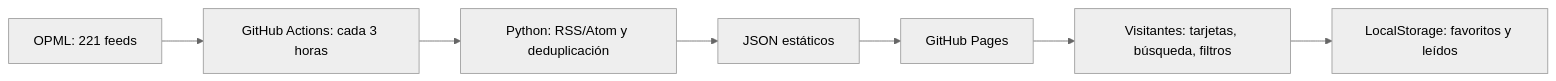
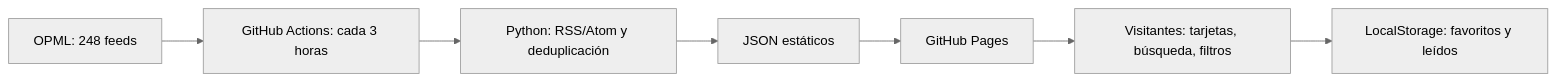
Before and after one commit to medinacaj/notisonda: the diagram in README.md, drawn with Mermaid (neutral theme). The commit also changed other lines of this file and 5 other files, not shown here.

````diff
--- a/README.md
+++ b/README.md
@@ -9,9 +9,9 @@
 ```mermaid
 flowchart LR
-  A[OPML: 221 feeds] --> B[GitHub Actions: cada 3 horas]
+  A[OPML: 248 feeds] --> B[GitHub Actions: cada 3 horas]
   B --> C[Python: RSS/Atom y deduplicación]
   C --> D[JSON estáticos]
   D --> E[GitHub Pages]
   E --> F[Visitantes: tarjetas, búsqueda, filtros]
   F --> G[LocalStorage: favoritos y leídos]
 ```
````
